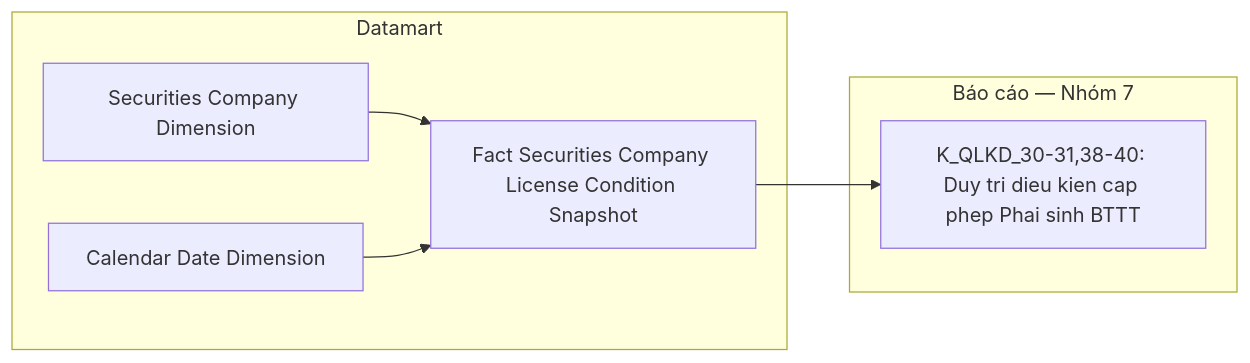
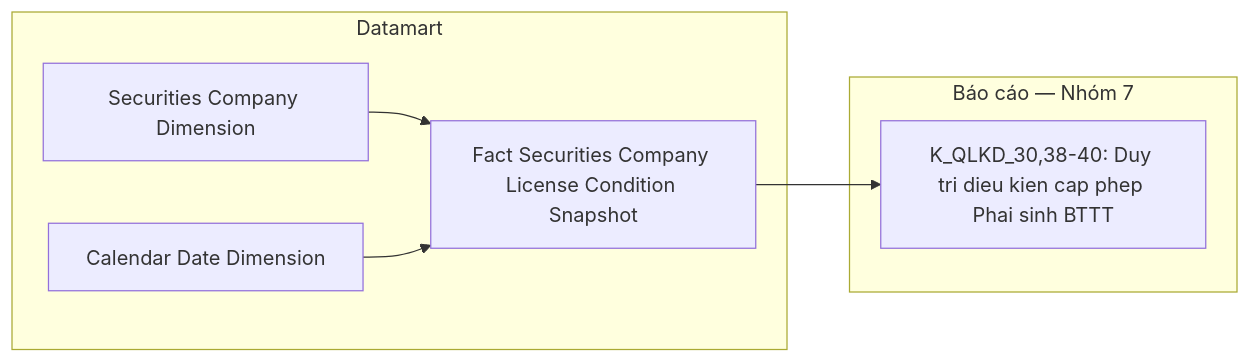
Before and after one commit to linhlvit/ubck_atomic_design: diagram 23 of 30 in Datamart/hld/DTM_QLKD_HLD.md, drawn with Mermaid. The commit also changed other lines of this file and 9 other files, not shown here.

Commit message:
feat(QLKD): cap nhat thiet ke Datamart QLKD v4.3 va dong bo phan tich BA (bo sung Fact Compliance va Financial Snapshot)

````diff
--- a/Datamart/hld/DTM_QLKD_HLD.md
+++ b/Datamart/hld/DTM_QLKD_HLD.md
@@ -1244,14 +1081,14 @@
 ```mermaid
 flowchart LR
     subgraph MART["Datamart"]
         F1["Fact Securities Company License Condition Snapshot"]
         D1["Securities Company Dimension"]
         D2["Calendar Date Dimension"]
         D1 --> F1
         D2 --> F1
     end
     subgraph RPT["Báo cáo — Nhóm 7"]
-        R1["K_QLKD_30-31,38-40: Duy tri dieu kien cap phep Phai sinh BTTT"]
+        R1["K_QLKD_30,38-40: Duy tri dieu kien cap phep Phai sinh BTTT"]
     end
     F1 --> R1
 ```
````
